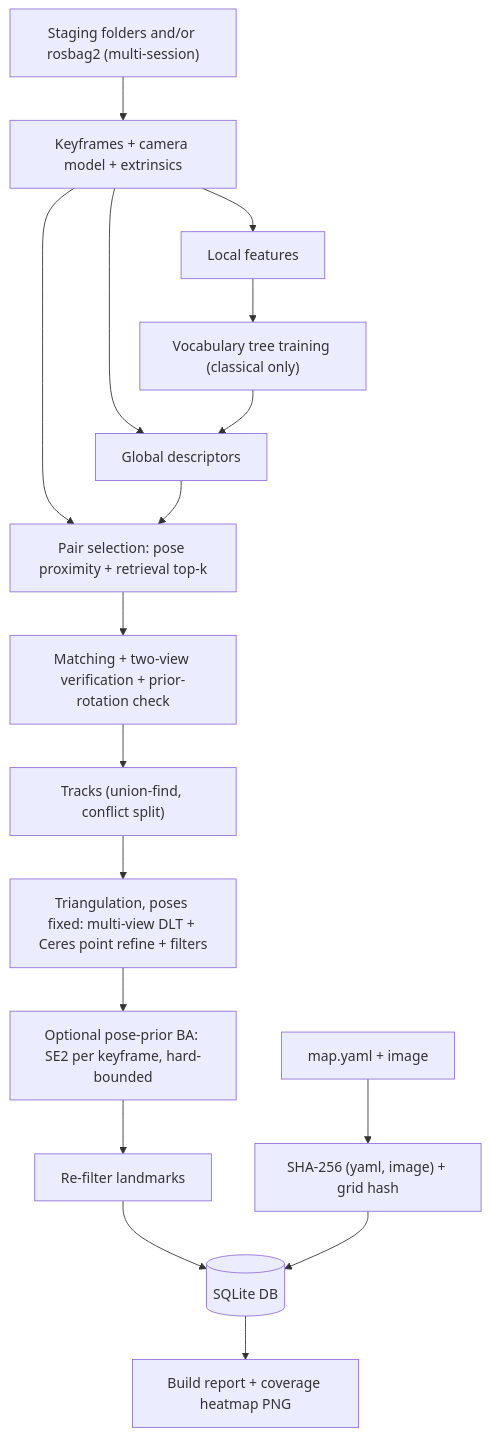
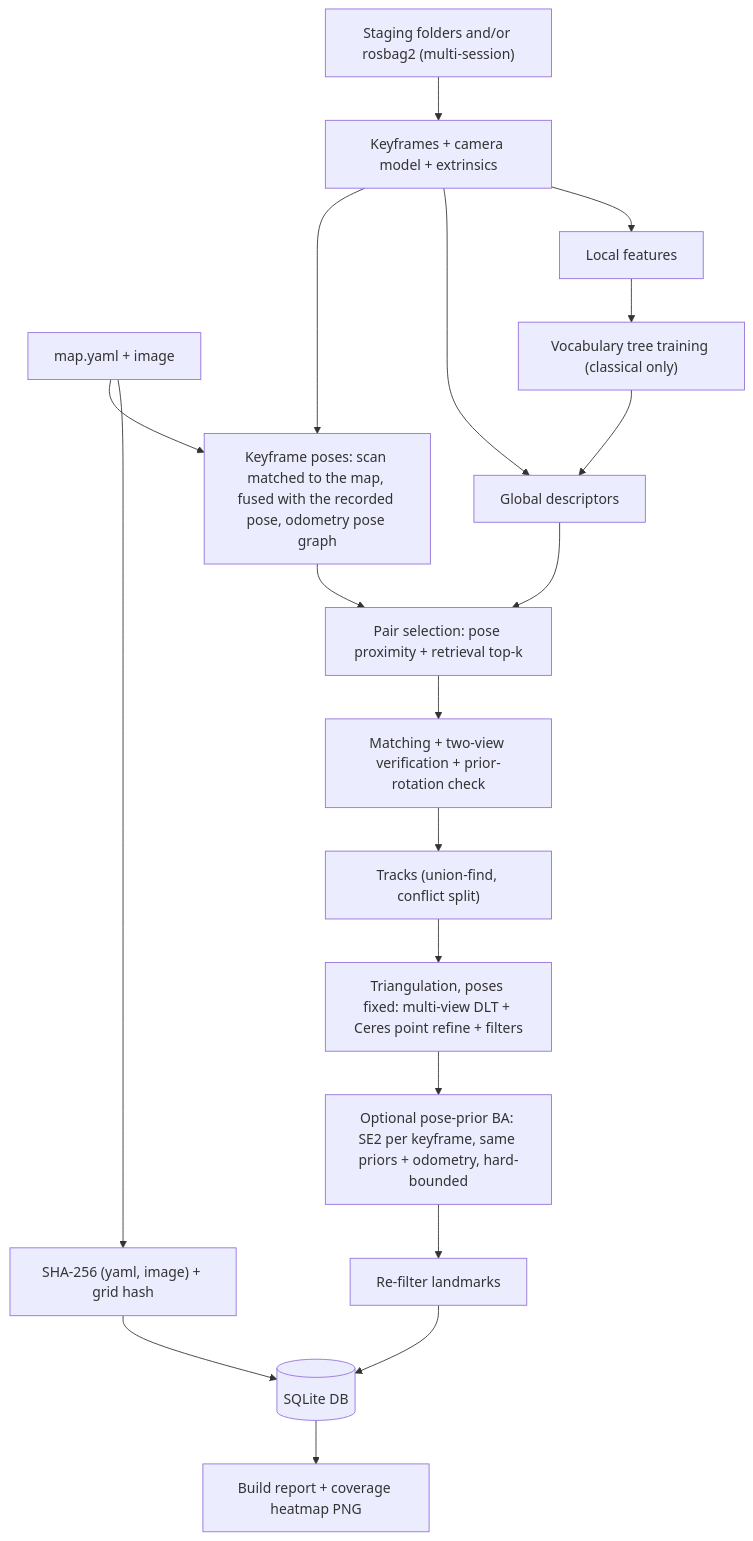
Before and after one commit to ali-pahlevani/Landfall: the second of 3 diagrams in docs/PLAN.md, drawn with Mermaid. The commit also changed other lines of this file and 35 other files, not shown here.

Commit message:
Fix 1 of the warehouse fixes is finished (keyframe poses from scan matching and odometry)

````diff
--- a/docs/PLAN.md
+++ b/docs/PLAN.md
@@ -497,19 +505,21 @@
 ```mermaid
 flowchart TB
   IN["Staging folders and/or rosbag2 (multi-session)"] --> KF[Keyframes + camera model + extrinsics]
   MAP["map.yaml + image"] --> HASH["SHA-256 (yaml, image) + grid hash"]
   KF --> LF[Local features]
   LF --> VOC["Vocabulary tree training (classical only)"]
   KF --> GD[Global descriptors]
   VOC --> GD
-  KF --> PS["Pair selection: pose proximity + retrieval top-k"]
+  KF --> POSES["Keyframe poses: scan matched to the map, fused with the recorded pose, odometry pose graph"]
+  MAP --> POSES
+  POSES --> PS["Pair selection: pose proximity + retrieval top-k"]
   GD --> PS
   PS --> MV["Matching + two-view verification + prior-rotation check"]
   MV --> TRK["Tracks (union-find, conflict split)"]
   TRK --> TRI["Triangulation, poses fixed: multi-view DLT + Ceres point refine + filters"]
-  TRI --> BA["Optional pose-prior BA: SE2 per keyframe, hard-bounded"]
+  TRI --> BA["Optional pose-prior BA: SE2 per keyframe, same priors + odometry, hard-bounded"]
   BA --> REF[Re-filter landmarks]
   REF --> DB[("SQLite DB")]
   HASH --> DB
   DB --> REP["Build report + coverage heatmap PNG"]
 ```
````
